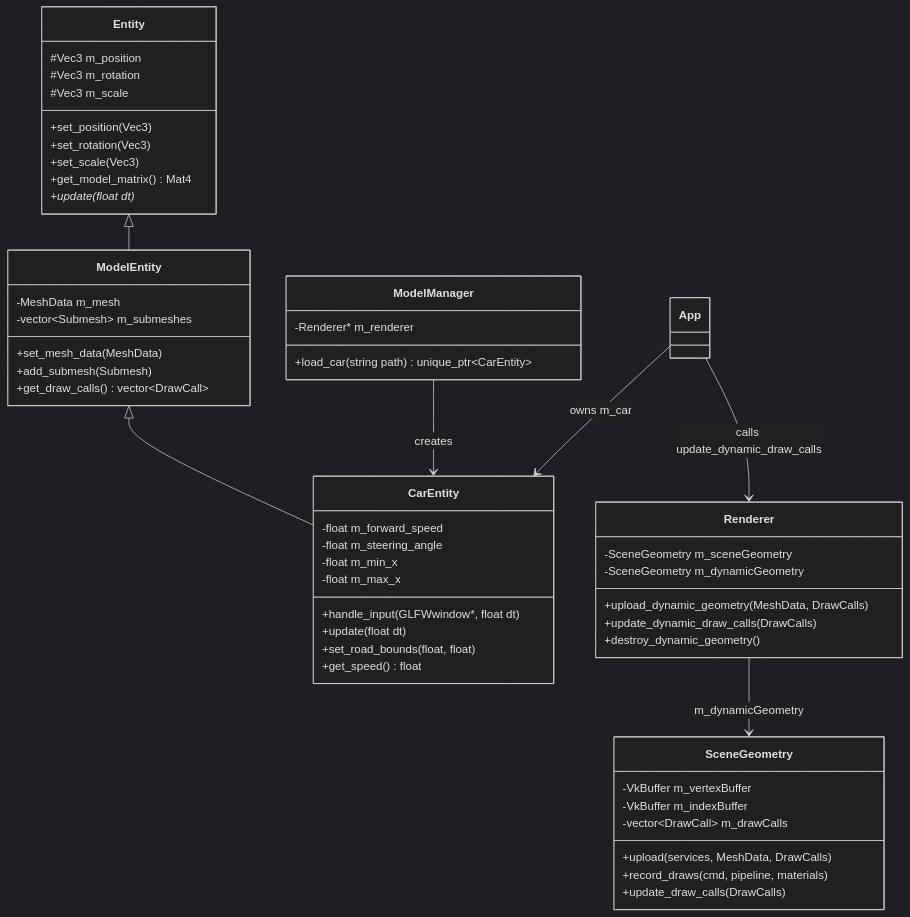
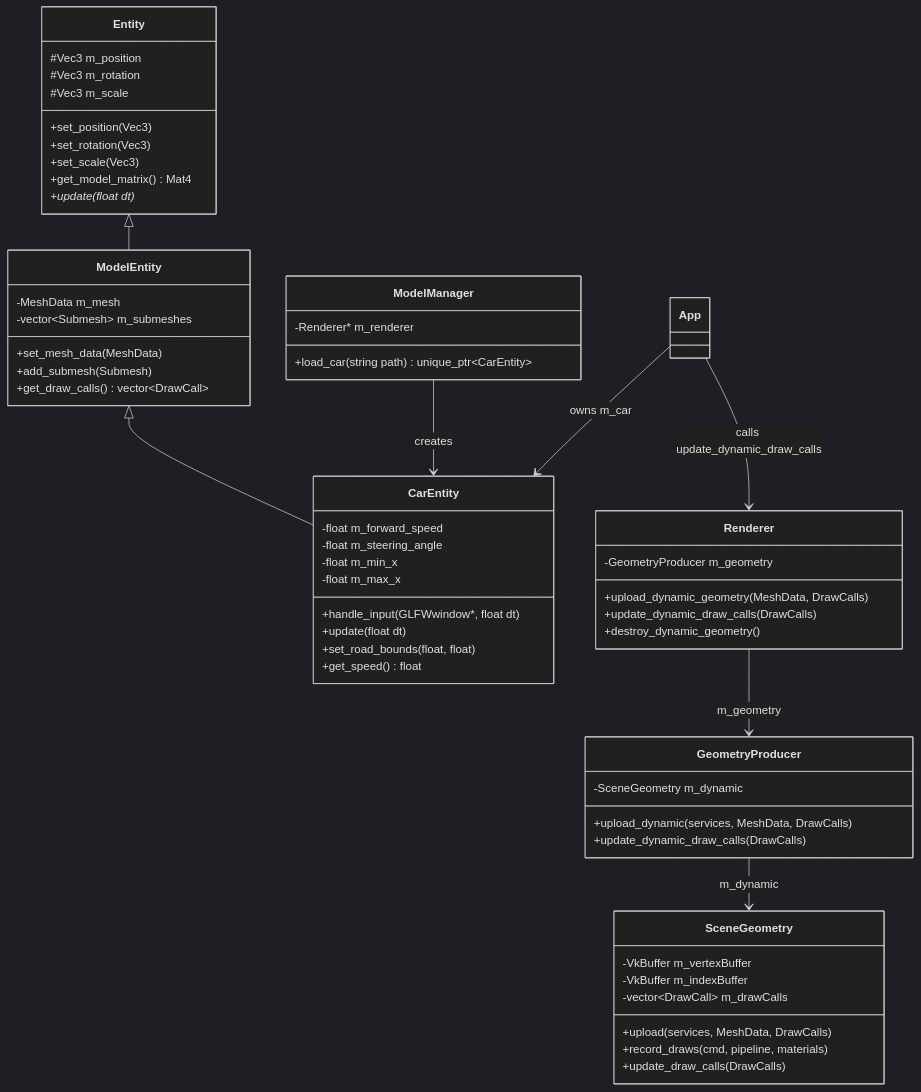
Before and after one commit to dabibhabi/swish: the third of 6 diagrams in docs/car_system.md, drawn with Mermaid (dark theme). The commit also changed other lines of this file and 400 other files, not shown here.

````diff
--- a/docs/car_system.md
+++ b/docs/car_system.md
@@ -66,61 +72,67 @@
 ```mermaid
 classDiagram
     class Entity {
         #Vec3 m_position
         #Vec3 m_rotation
         #Vec3 m_scale
         +set_position(Vec3)
         +set_rotation(Vec3)
         +set_scale(Vec3)
         +get_model_matrix() Mat4
         +update(float dt)*
     }
 
     class ModelEntity {
         -MeshData m_mesh
         -vector~Submesh~ m_submeshes
         +set_mesh_data(MeshData)
         +add_submesh(Submesh)
         +get_draw_calls() vector~DrawCall~
     }
 
     class CarEntity {
         -float m_forward_speed
         -float m_steering_angle
         -float m_min_x
         -float m_max_x
         +handle_input(GLFWwindow*, float dt)
         +update(float dt)
         +set_road_bounds(float, float)
         +get_speed() float
     }
 
     class ModelManager {
         -Renderer* m_renderer
         +load_car(string path) unique_ptr~CarEntity~
     }
 
     class Renderer {
-        -SceneGeometry m_sceneGeometry
-        -SceneGeometry m_dynamicGeometry
+        -GeometryProducer m_geometry
         +upload_dynamic_geometry(MeshData, DrawCalls)
         +update_dynamic_draw_calls(DrawCalls)
         +destroy_dynamic_geometry()
+    }
+
+    class GeometryProducer {
+        -SceneGeometry m_dynamic
+        +upload_dynamic(services, MeshData, DrawCalls)
+        +update_dynamic_draw_calls(DrawCalls)
     }
 
     class SceneGeometry {
         -VkBuffer m_vertexBuffer
         -VkBuffer m_indexBuffer
         -vector~DrawCall~ m_drawCalls
         +upload(services, MeshData, DrawCalls)
         +record_draws(cmd, pipeline, materials)
         +update_draw_calls(DrawCalls)
     }
 
     Entity <|-- ModelEntity
     ModelEntity <|-- CarEntity
     ModelManager --> CarEntity : creates
-    Renderer --> SceneGeometry : m_dynamicGeometry
+    Renderer --> GeometryProducer : m_geometry
+    GeometryProducer --> SceneGeometry : m_dynamic
     App --> CarEntity : owns m_car
     App --> Renderer : calls update_dynamic_draw_calls
 ```
````
